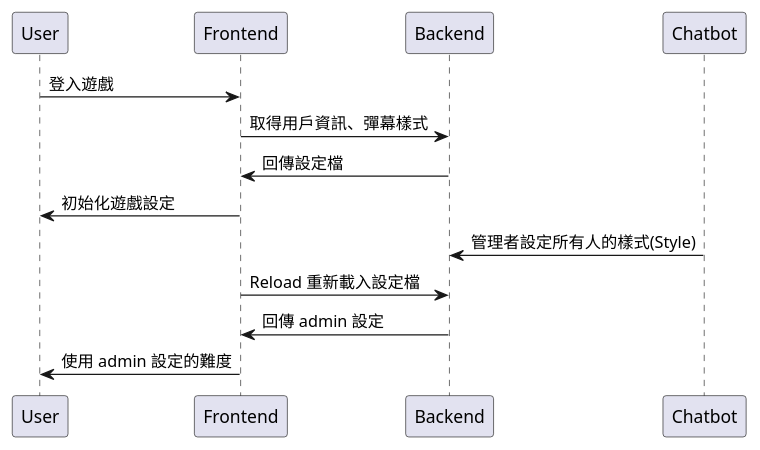
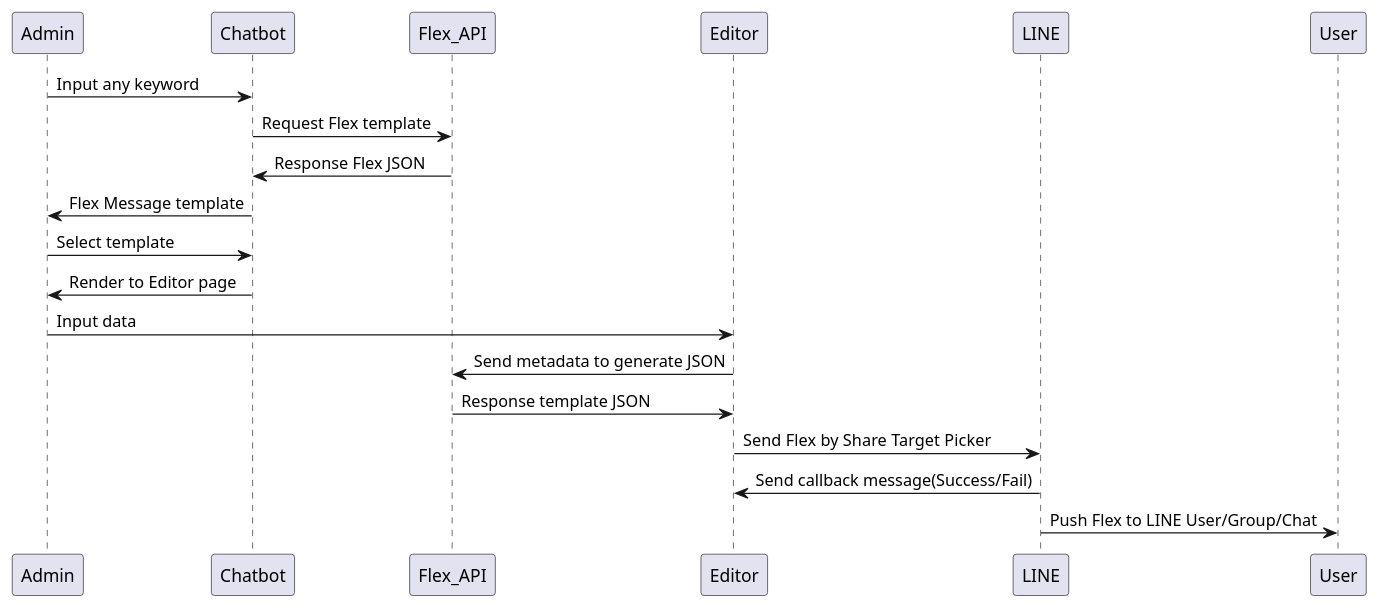
Before and after one commit to louis70109/nijia-blog-backup: the diagram in source/diagrams/src/http_request.wsd, drawn with PlantUML.

Commit message:
deploy blog resource

```diff
--- a/source/diagrams/src/http_request.wsd
+++ b/source/diagrams/src/http_request.wsd
@@ -1,10 +1,14 @@
 @startuml
-User->Frontend: 登入遊戲
-Frontend->Backend: 取得用戶資訊、彈幕樣式
-Backend->Frontend: 回傳設定檔
-Frontend->User: 初始化遊戲設定
-Chatbot->Backend: 管理者設定所有人的樣式(Style)
-Frontend->Backend: Reload 重新載入設定檔
-Backend->Frontend: 回傳 admin 設定
-Frontend->User: 使用 admin 設定的難度
+Admin->Chatbot: Input any keyword
+Chatbot->Flex_API: Request Flex template
+Flex_API->Chatbot: Response Flex JSON
+Chatbot->Admin: Flex Message template
+Admin->Chatbot: Select template
+Chatbot->Admin: Render to Editor page
+Admin->Editor: Input data
+Editor->Flex_API: Send metadata to generate JSON
+Flex_API->Editor: Response template JSON
+Editor->LINE: Send Flex by Share Target Picker
+LINE->Editor: Send callback message(Success/Fail)
+LINE->User: Push Flex to LINE User/Group/Chat
 @enduml
```
